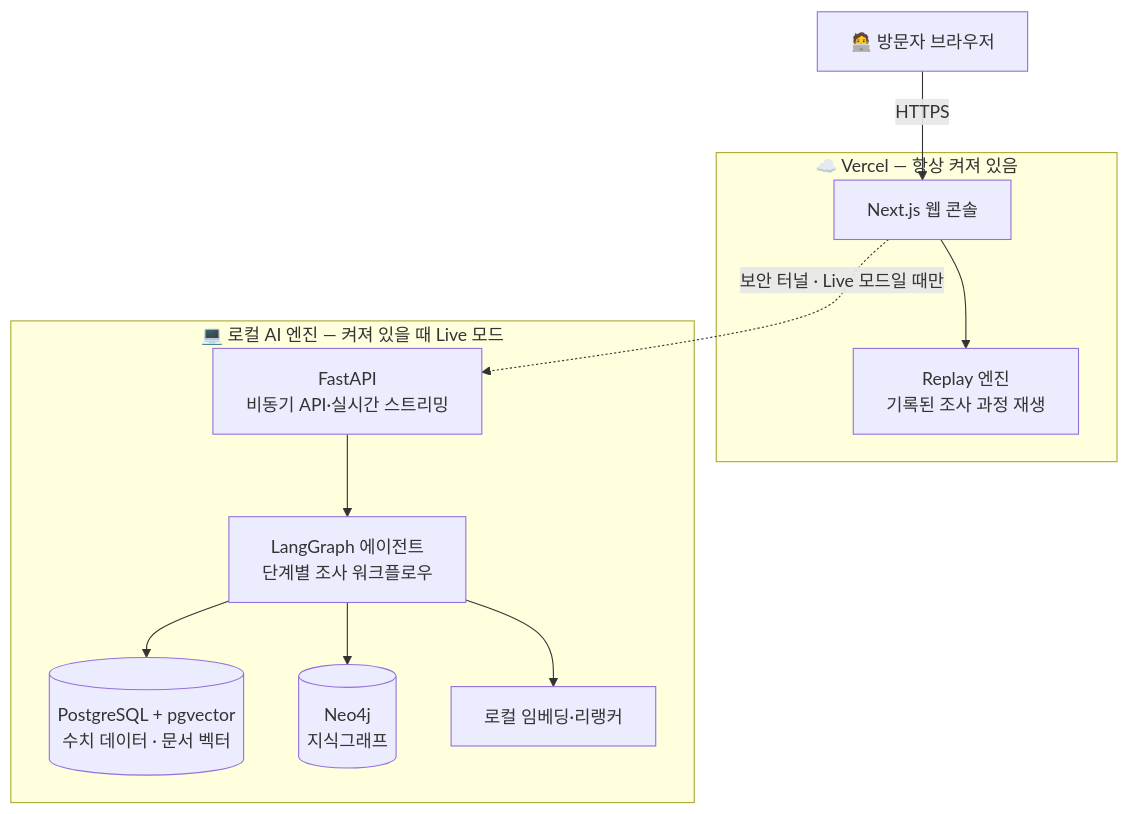
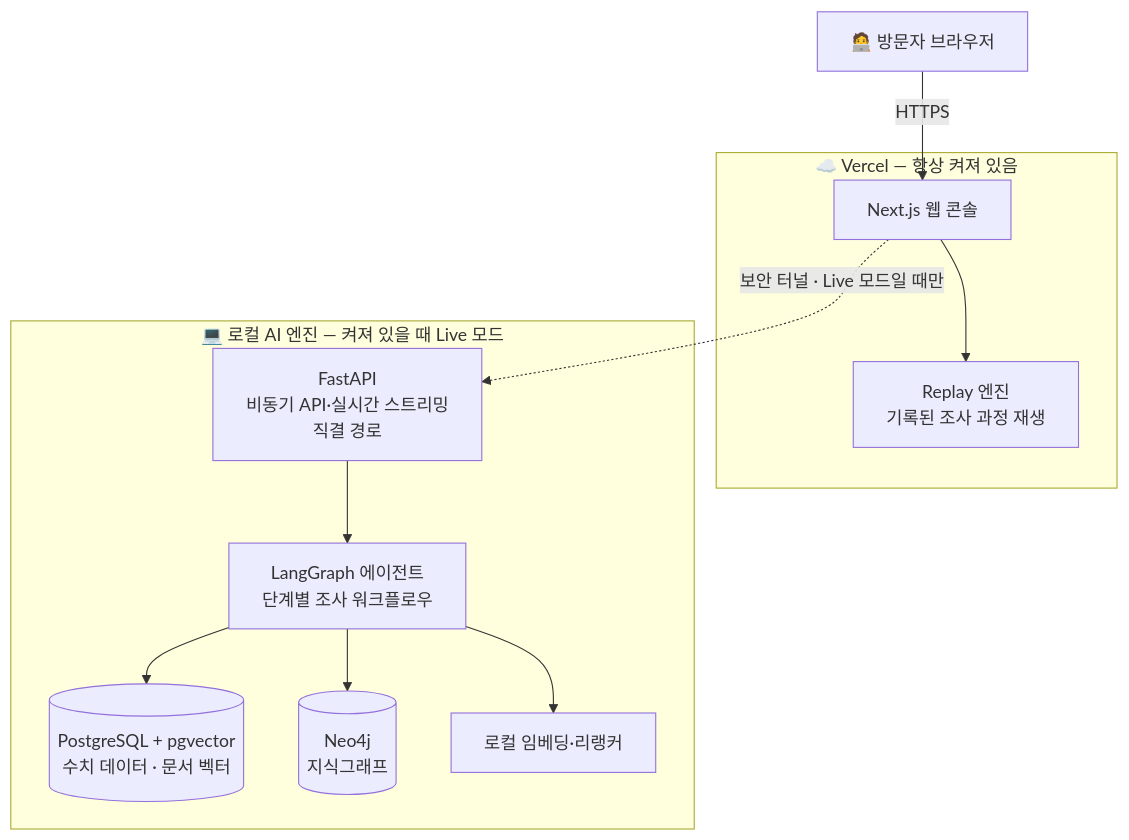
Before and after one commit to sinelym-creator/factory-knowledge-twin: the first of 3 diagrams in README.md, drawn with Mermaid. The commit also changed other lines of this file and 1 other file, not shown here.

````diff
--- a/README.md
+++ b/README.md
@@ -48,25 +48,25 @@
 ```mermaid
 flowchart TB
     V[🧑‍💻 방문자 브라우저]
 
     subgraph CLOUD["☁️ Vercel — 항상 켜져 있음"]
         W[Next.js 웹 콘솔]
         R[Replay 엔진<br/>기록된 조사 과정 재생]
     end
 
     subgraph LOCAL["💻 로컬 AI 엔진 — 켜져 있을 때 Live 모드"]
-        A[FastAPI<br/>비동기 API·실시간 스트리밍]
+        A[FastAPI<br/>비동기 API·실시간 스트리밍<br/>직결 경로]
         L[LangGraph 에이전트<br/>단계별 조사 워크플로우]
         P[(PostgreSQL + pgvector<br/>수치 데이터 · 문서 벡터)]
         N[(Neo4j<br/>지식그래프)]
         E[로컬 임베딩·리랭커]
     end
 
     V -->|HTTPS| W
     W --> R
     W -.->|보안 터널 · Live 모드일 때만| A
     A --> L
     L --> P
     L --> N
     L --> E
 ```
````
